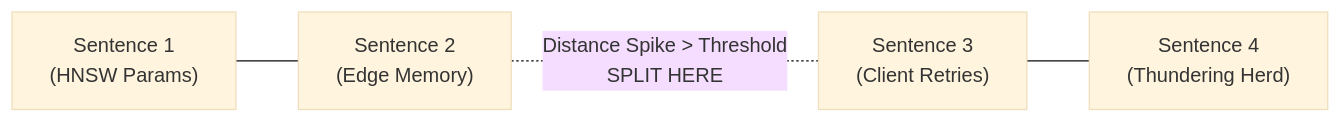
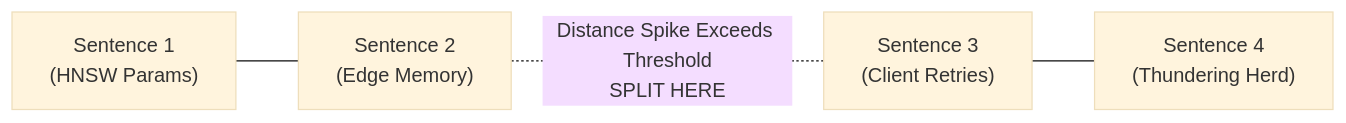
The third of 6 diagrams in rag-guide/01-ingestion.md (divyansh070/ml_notes), drawn with Mermaid (base theme) before and after one commit. The commit also changed other lines of this file and 8 other files, not shown here.

Commit message:
fix(rag-guide): resolve Mermaid syntax, xychart, and MathJax rendering issues for GitHub

````diff
--- a/rag-guide/01-ingestion.md
+++ b/rag-guide/01-ingestion.md
@@ -222,6 +222,6 @@
 ```mermaid
 flowchart LR
-    S1["Sentence 1<br/>(HNSW Params)"] --- S2["Sentence 2<br/>(Edge Memory)"] 
-    S2 -.-|Distance Spike > Threshold<br/>SPLIT HERE| S3["Sentence 3<br/>(Client Retries)"]
-    S3 --- S4["Sentence 4<br/>(Thundering Herd)"]
+    S1["Sentence 1<br>(HNSW Params)"] --- S2["Sentence 2<br>(Edge Memory)"] 
+    S2 -.-|"Distance Spike Exceeds Threshold<br>SPLIT HERE"| S3["Sentence 3<br>(Client Retries)"]
+    S3 --- S4["Sentence 4<br>(Thundering Herd)"]
 ```
````
